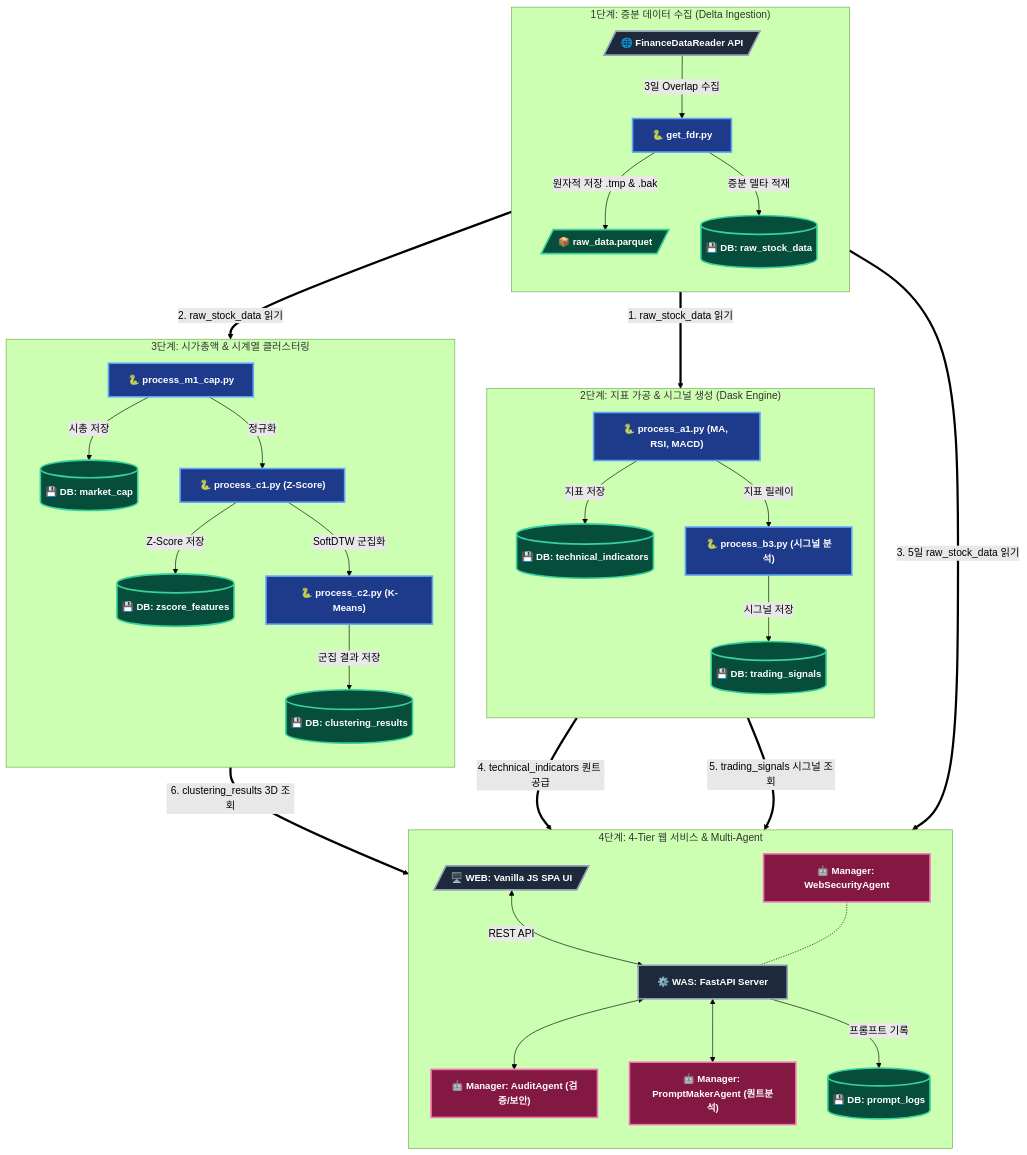
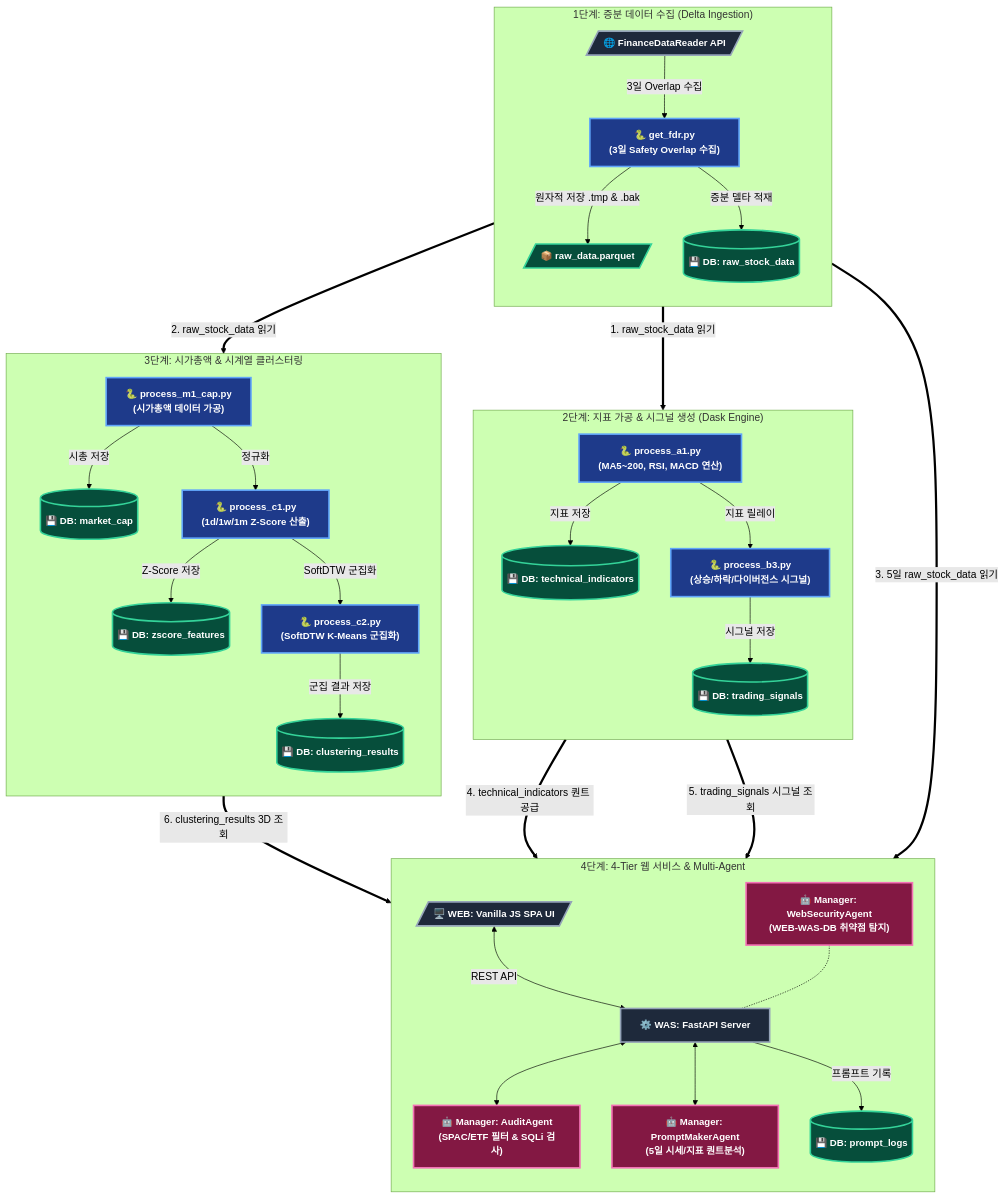
Before and after one commit to hugingstar/ggeolmu: the first of 2 diagrams in README.md, drawn with Mermaid (forest theme).

Commit message:
style: README.md 머메이드 파이프라인 노드 텍스트 줄바꿈(<br>) 적용 및 잘림 방지

````diff
--- a/README.md
+++ b/README.md
@@ -14,58 +14,58 @@
 ```mermaid
 flowchart TD
     %% 커스텀 색상 및 폰트 크기 스타일 정의
     classDef pythonEngine fill:#1e3a8a,stroke:#60a5fa,stroke-width:2.5px,color:#ffffff,font-size:15px,font-weight:bold;
     classDef dbStorage fill:#064e3b,stroke:#34d399,stroke-width:2.5px,color:#ffffff,font-size:15px,font-weight:bold;
     classDef agentManager fill:#831843,stroke:#f472b6,stroke-width:2.5px,color:#ffffff,font-size:15px,font-weight:bold;
     classDef webServer fill:#1e293b,stroke:#94a3b8,stroke-width:2.5px,color:#ffffff,font-size:15px,font-weight:bold;
 
     %% 1단계: 증분 수집 및 원자적 적재
     subgraph Step1 ["1단계: 증분 데이터 수집 (Delta Ingestion)"]
         direction TB
-        FDR[/"🌐 FinanceDataReader API"/] -->|3일 Overlap 수집| GetFDR["🐍 get_fdr.py"]
+        FDR[/"🌐 FinanceDataReader API"/] -->|3일 Overlap 수집| GetFDR["🐍 get_fdr.py<br>(3일 Safety Overlap 수집)"]
         GetFDR -->|원자적 저장 .tmp & .bak| RawParquet[/"📦 raw_data.parquet"/]
         GetFDR -->|증분 델타 적재| DB_Raw[("💾 DB: raw_stock_data")]
     end
 
     %% 2단계: 기술적 지표 및 시그널 연산
     subgraph Step2 ["2단계: 지표 가공 & 시그널 생성 (Dask Engine)"]
         direction TB
-        ProcessA1["🐍 process_a1.py (MA, RSI, MACD)"] -->|지표 저장| DB_Tech[("💾 DB: technical_indicators")]
-        ProcessA1 -->|지표 릴레이| ProcessB3["🐍 process_b3.py (시그널 분석)"]
+        ProcessA1["🐍 process_a1.py<br>(MA5~200, RSI, MACD 연산)"] -->|지표 저장| DB_Tech[("💾 DB: technical_indicators")]
+        ProcessA1 -->|지표 릴레이| ProcessB3["🐍 process_b3.py<br>(상승/하락/다이버전스 시그널)"]
         ProcessB3 -->|시그널 저장| DB_Signal[("💾 DB: trading_signals")]
     end
 
     %% 3단계: 시계열 클러스터링
     subgraph Step3 ["3단계: 시가총액 & 시계열 클러스터링"]
         direction TB
-        ProcessM1["🐍 process_m1_cap.py"] -->|시총 저장| DB_Cap[("💾 DB: market_cap")]
-        ProcessM1 -->|정규화| ProcessC1["🐍 process_c1.py (Z-Score)"]
+        ProcessM1["🐍 process_m1_cap.py<br>(시가총액 데이터 가공)"] -->|시총 저장| DB_Cap[("💾 DB: market_cap")]
+        ProcessM1 -->|정규화| ProcessC1["🐍 process_c1.py<br>(1d/1w/1m Z-Score 산출)"]
         ProcessC1 -->|Z-Score 저장| DB_ZScore[("💾 DB: zscore_features")]
-        ProcessC1 -->|SoftDTW 군집화| ProcessC2["🐍 process_c2.py (K-Means)"]
+        ProcessC1 -->|SoftDTW 군집화| ProcessC2["🐍 process_c2.py<br>(SoftDTW K-Means 군집화)"]
         ProcessC2 -->|군집 결과 저장| DB_Cluster[("💾 DB: clustering_results")]
     end
 
     %% 4단계: 4-Tier 웹 서비스 & 멀티 에이전트
     subgraph Step4 ["4단계: 4-Tier 웹 서비스 & Multi-Agent"]
         direction TB
         UI[/"🖥️ WEB: Vanilla JS SPA UI"/] <-->|REST API| WAS["⚙️ WAS: FastAPI Server"]
-        WAS <--> Audit["🤖 Manager: AuditAgent (검증/보안)"]
-        WAS <--> PromptAgent["🤖 Manager: PromptMakerAgent (퀀트분석)"]
+        WAS <--> Audit["🤖 Manager: AuditAgent<br>(SPAC/ETF 필터 & SQLi 검사)"]
+        WAS <--> PromptAgent["🤖 Manager: PromptMakerAgent<br>(5일 시세/지표 퀀트분석)"]
         WAS -->|프롬프트 기록| DB_Logs[("💾 DB: prompt_logs")]
-        SecAgent["🤖 Manager: WebSecurityAgent"] -.- WAS
+        SecAgent["🤖 Manager: WebSecurityAgent<br>(WEB-WAS-DB 취약점 탐지)"] -.- WAS
     end
 
     %% [DB 핀포인트 흐름 연계선 (어떤 DB -> 어떤 DB/모듈)]
     DB_Raw ==>|1. raw_stock_data 읽기| ProcessA1
     DB_Raw ==>|2. raw_stock_data 읽기| ProcessM1
     DB_Raw ==>|3. 5일 raw_stock_data 읽기| PromptAgent
     DB_Tech ==>|4. technical_indicators 퀀트 공급| PromptAgent
     DB_Signal ==>|5. trading_signals 시그널 조회| WAS
     DB_Cluster ==>|6. clustering_results 3D 조회| WAS
 
     %% 노드 스타일 지정 (.py: 파란색, DB: 녹색, 에이전트: 핑크, Web/WAS: 슬레이트)
     class GetFDR,ProcessA1,ProcessB3,ProcessM1,ProcessC1,ProcessC2 pythonEngine;
     class DB_Raw,DB_Tech,DB_Signal,DB_Cap,DB_ZScore,DB_Cluster,DB_Logs,RawParquet dbStorage;
     class Audit,PromptAgent,SecAgent agentManager;
     class UI,WAS,FDR webServer;
 ```
````
